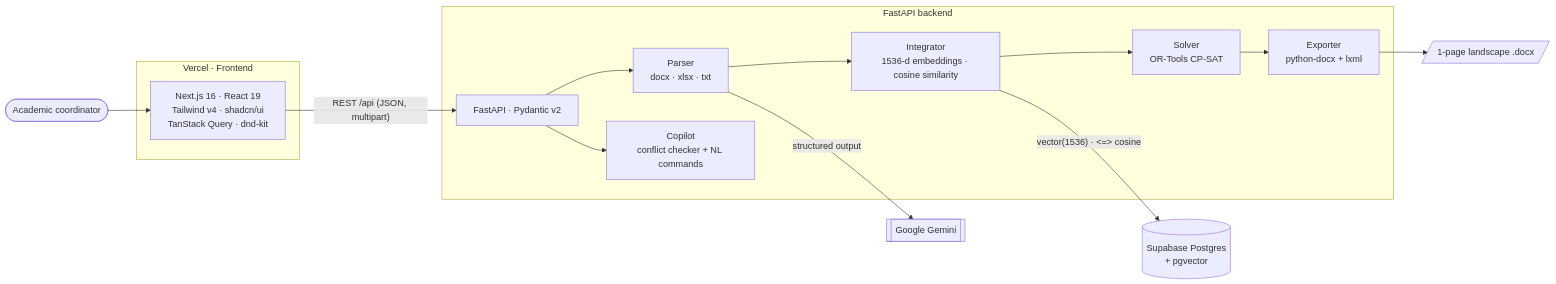
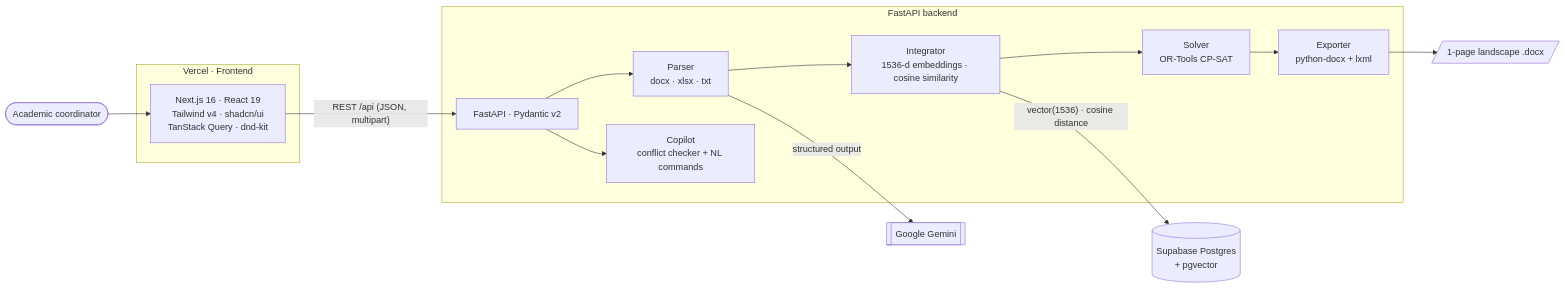
Before and after one commit to dawoodcs195-spec/medschedule-ai: the diagram in README.md, drawn with Mermaid.

Commit message:
docs(readme): use Mermaid-safe edge label in architecture diagram

````diff
--- a/README.md
+++ b/README.md
@@ -94,25 +94,25 @@
 ```mermaid
 flowchart LR
     U([Academic coordinator]) --> FE
 
     subgraph Vercel_FE["Vercel · Frontend"]
         FE["Next.js 16 · React 19<br/>Tailwind v4 · shadcn/ui<br/>TanStack Query · dnd-kit"]
     end
 
     FE -- "REST /api (JSON, multipart)" --> API
 
     subgraph Backend["FastAPI backend"]
         API["FastAPI · Pydantic v2"]
         P["Parser<br/>docx · xlsx · txt"]
         I["Integrator<br/>1536-d embeddings · cosine similarity"]
         S["Solver<br/>OR-Tools CP-SAT"]
         C["Copilot<br/>conflict checker + NL commands"]
         X["Exporter<br/>python-docx + lxml"]
         API --> P --> I --> S --> X
         API --> C
     end
 
     P -- "structured output" --> G[["Google Gemini"]]
-    I -- "vector(1536) · <=> cosine" --> DB[("Supabase Postgres<br/>+ pgvector")]
+    I -- "vector(1536) · cosine distance" --> DB[("Supabase Postgres<br/>+ pgvector")]
     X --> D[/"1-page landscape .docx"/]
 ```
````
